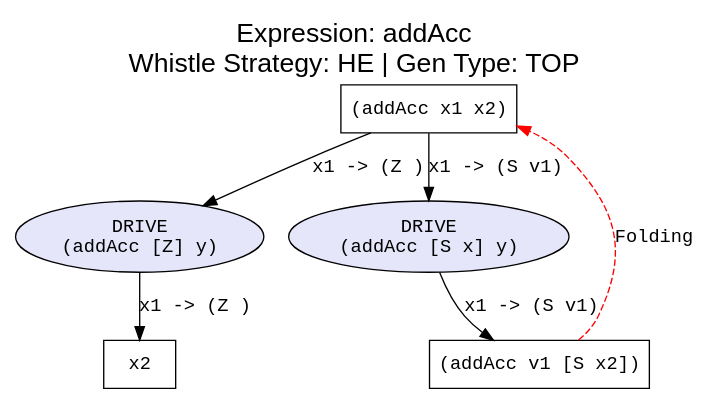
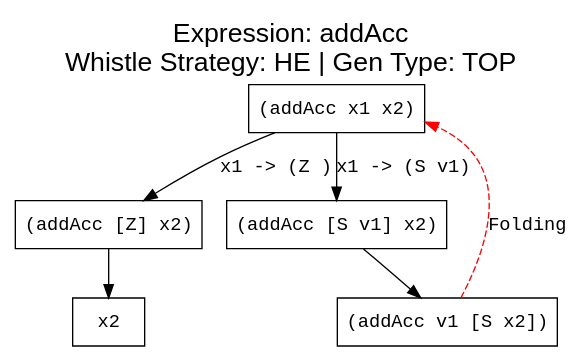
Before and after one commit to makezh/coursework_supercompiler: the diagram in output/test2_addAcc/he.dot, drawn with Graphviz. The commit also changed 7 other files, not shown here.

```diff
--- a/output/test2_addAcc/he.dot
+++ b/output/test2_addAcc/he.dot
@@ -1,19 +1,19 @@
 digraph ProcessTree {
   label="Expression: addAcc\nWhistle Strategy: HE | Gen Type: TOP";
   labelloc="t";
   fontsize=20;
   fontname="Arial";
 
     node [fontname="Courier New"];
     edge [fontname="Courier New"];
     n0 [label="(addAcc x1 x2)", shape=box];
-    drv1 [label="DRIVE\n(addAcc [Z] y)", shape=ellipse, style="filled", fillcolor="lavender"];
-    n0 -> drv1 [label="x1 -> (Z )"];
-    drv1 -> n1 [label="x1 -> (Z )"];
-    drv2 [label="DRIVE\n(addAcc [S x] y)", shape=ellipse, style="filled", fillcolor="lavender"];
-    n0 -> drv2 [label="x1 -> (S v1)"];
-    drv2 -> n2 [label="x1 -> (S v1)"];
-    n1 [label="x2", shape=box];
-    n2 [label="(addAcc v1 [S x2])", shape=box];
-    n2 -> n0 [style=dashed, color=red, label="Folding"];
+    n0 -> n1 [label="x1 -> (Z )"];
+    n0 -> n2 [label="x1 -> (S v1)"];
+    n1 [label="(addAcc [Z] x2)", shape=box];
+    n1 -> n3 [label=""];
+    n2 [label="(addAcc [S v1] x2)", shape=box];
+    n2 -> n4 [label=""];
+    n3 [label="x2", shape=box];
+    n4 [label="(addAcc v1 [S x2])", shape=box];
+    n4 -> n0 [style=dashed, color=red, label="Folding"];
 }
```
